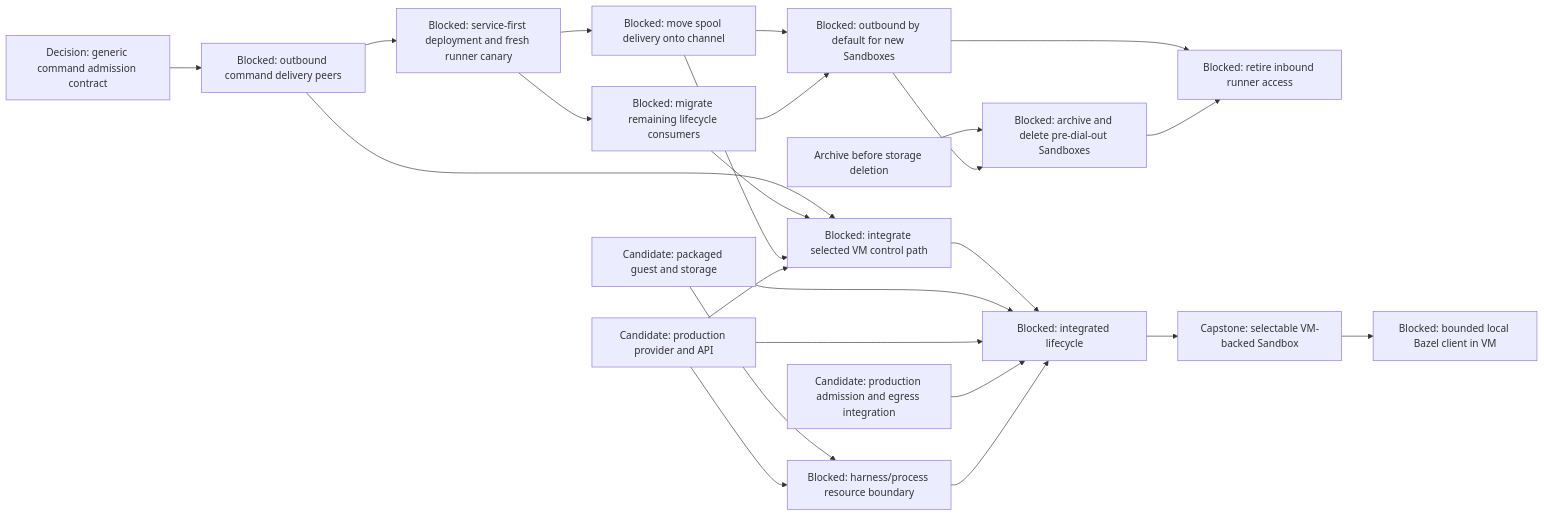
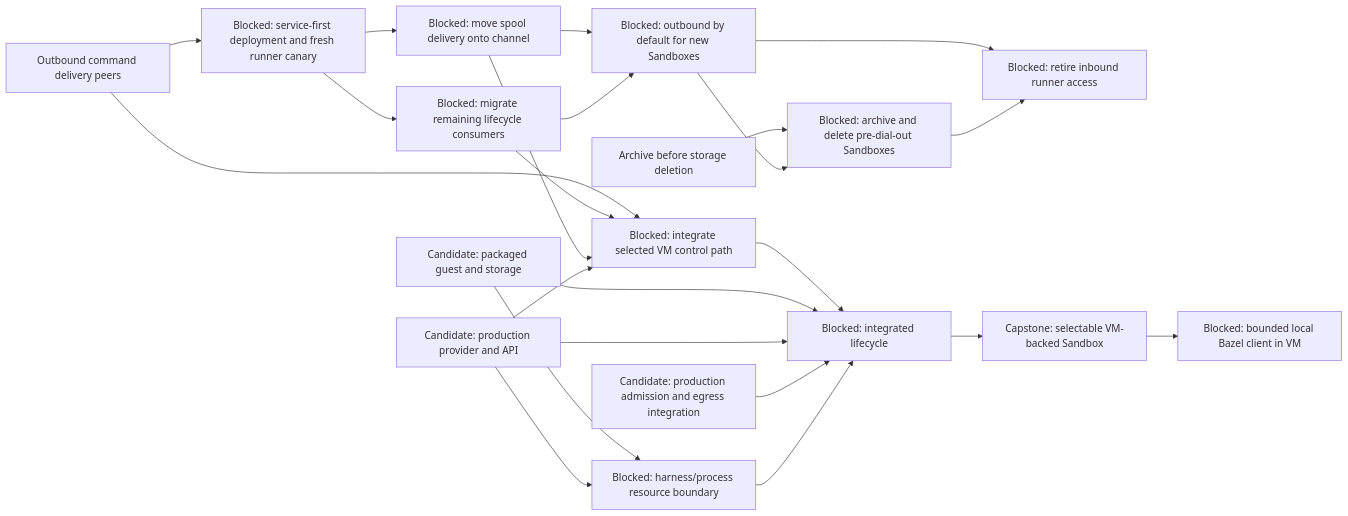
Before and after one commit to agentydragon-agent/ducktape: the sixth of 11 diagrams in agentplane/plans/task_dag.md, drawn with Mermaid. The commit also changed other lines of this file and 15 other files, not shown here.

````diff
--- a/agentplane/plans/task_dag.md
+++ b/agentplane/plans/task_dag.md
@@ -353,37 +343,36 @@
 ```mermaid
 flowchart LR
-    RUNNER_OUTBOUND_CHANNEL[Blocked: outbound command delivery peers]
+    RUNNER_OUTBOUND_CHANNEL[Outbound command delivery peers]
     RUNNER_OUTBOUND_CANARY[Blocked: service-first deployment and fresh runner canary]
     RUNNER_OUTBOUND_SPOOL[Blocked: move spool delivery onto channel]
     RUNNER_OUTBOUND_LIFECYCLE[Blocked: migrate remaining lifecycle consumers]
     RUNNER_OUTBOUND_ROLLOUT[Blocked: outbound by default for new Sandboxes]
     VM_CONTROL_NETWORKING[Blocked: integrate selected VM control path]
     VM_IMAGE[Candidate: packaged guest and storage]
     VM_PROVIDER[Candidate: production provider and API]
     VM_EGRESS[Candidate: production admission and egress integration]
     VM_PROCESS_ISOLATION[Blocked: harness/process resource boundary]
     VM_LIFECYCLE[Blocked: integrated lifecycle]
-    SESSION_COMMAND_CONTRACT[Decision: generic command admission contract] --> RUNNER_OUTBOUND_CHANNEL
     RUNNER_OUTBOUND_CHANNEL --> VM_CONTROL_NETWORKING
     RUNNER_OUTBOUND_LIFECYCLE --> VM_CONTROL_NETWORKING
     RUNNER_OUTBOUND_SPOOL --> VM_CONTROL_NETWORKING
     RUNNER_OUTBOUND_CHANNEL --> RUNNER_OUTBOUND_CANARY
     RUNNER_OUTBOUND_CANARY --> RUNNER_OUTBOUND_SPOOL
     RUNNER_OUTBOUND_CANARY --> RUNNER_OUTBOUND_LIFECYCLE
     RUNNER_OUTBOUND_SPOOL --> RUNNER_OUTBOUND_ROLLOUT
     RUNNER_OUTBOUND_LIFECYCLE --> RUNNER_OUTBOUND_ROLLOUT
     RUNNER_OUTBOUND_ROLLOUT --> RUNNER_INBOUND_RETIRE[Blocked: retire inbound runner access]
     SANDBOX_LIFECYCLE_DURABILITY[Archive before storage deletion] --> LEGACY_SANDBOX_RETIRE[Blocked: archive and delete pre-dial-out Sandboxes]
     RUNNER_OUTBOUND_ROLLOUT --> LEGACY_SANDBOX_RETIRE
     LEGACY_SANDBOX_RETIRE --> RUNNER_INBOUND_RETIRE
     VM_PROVIDER --> VM_CONTROL_NETWORKING
     VM_CONTROL_NETWORKING --> VM_LIFECYCLE
     VM_IMAGE --> VM_PROCESS_ISOLATION
     VM_PROVIDER --> VM_PROCESS_ISOLATION
     VM_IMAGE --> VM_LIFECYCLE
     VM_PROVIDER --> VM_LIFECYCLE
     VM_EGRESS --> VM_LIFECYCLE
     VM_PROCESS_ISOLATION --> VM_LIFECYCLE
     VM_LIFECYCLE --> SANDBOX_VM_ISOLATION[Capstone: selectable VM-backed Sandbox]
     SANDBOX_VM_ISOLATION --> LOCAL_BAZEL[Blocked: bounded local Bazel client in VM]
 ```
````
